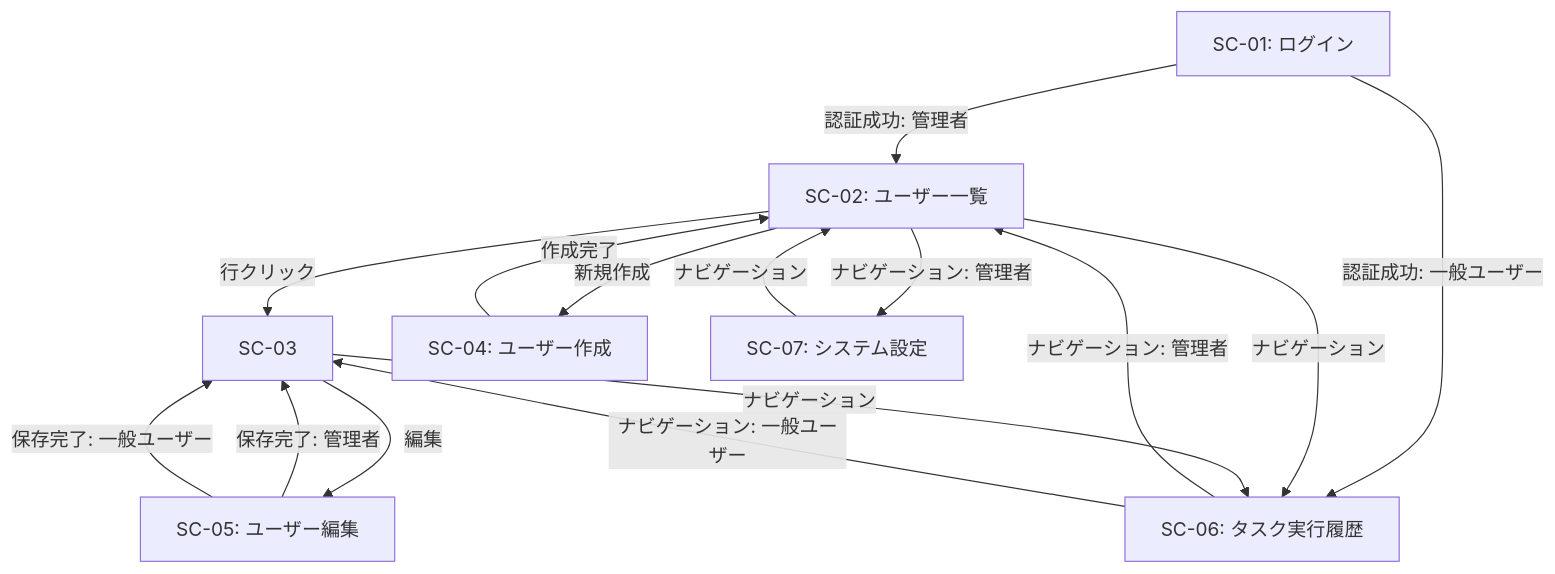
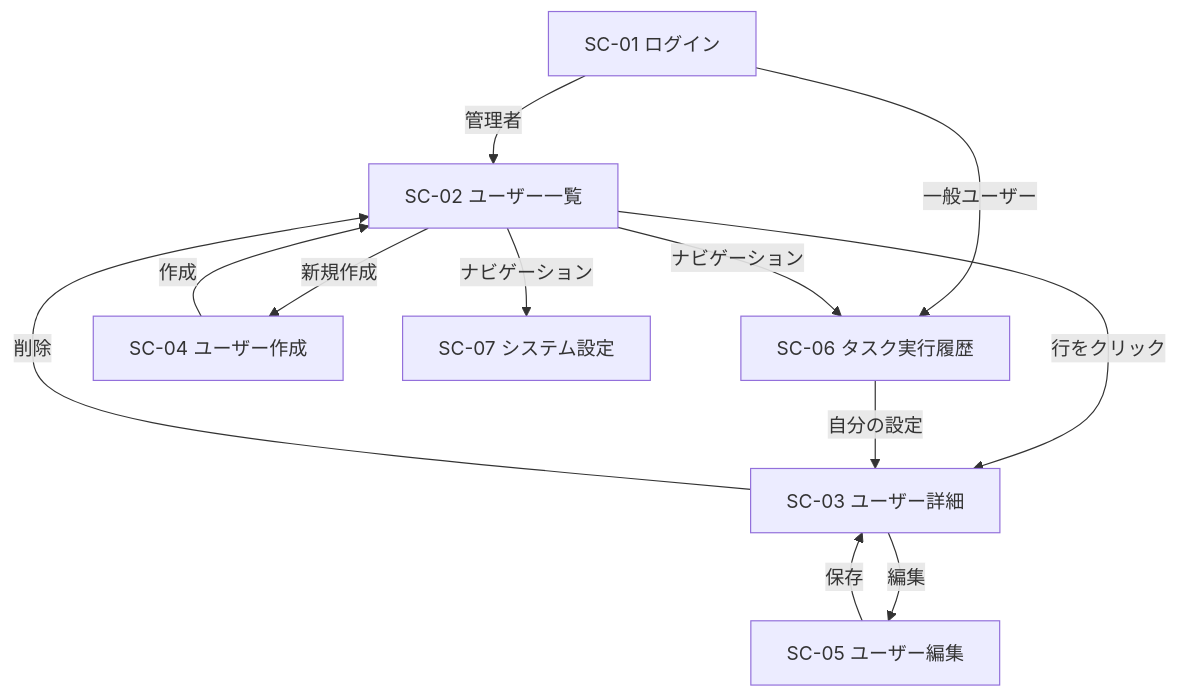
One commit to notfolder/CodingAgentAutomata changed the third of 3 diagrams in docs/requirements.md. Above: the diagram before and after it, drawn with Mermaid. The commit also changed other lines of this file and 15 other files, not shown here.

````diff
--- a/docs/requirements.md
+++ b/docs/requirements.md
@@ -193,18 +402,14 @@
 ```mermaid
 flowchart TD
-    SC-01[SC-01: ログイン]
-    SC-01 -->|認証成功: 管理者| SC-02[SC-02: ユーザー一覧]
-  SC-01 -->|認証成功: 一般ユーザー| SC-06[SC-06: タスク実行履歴]
-    SC-02 -->|行クリック| SC-03
-    SC-02 -->|新規作成| SC-04[SC-04: ユーザー作成]
-    SC-03 -->|編集| SC-05[SC-05: ユーザー編集]
-    SC-04 -->|作成完了| SC-02
-    SC-05 -->|保存完了: 管理者| SC-03
-    SC-05 -->|保存完了: 一般ユーザー| SC-03
-    SC-02 -->|ナビゲーション| SC-06[SC-06: タスク実行履歴]
-    SC-03 -->|ナビゲーション| SC-06
-    SC-06 -->|ナビゲーション: 管理者| SC-02
-    SC-06 -->|ナビゲーション: 一般ユーザー| SC-03
-    SC-02 -->|ナビゲーション: 管理者| SC-07[SC-07: システム設定]
-    SC-07 -->|ナビゲーション| SC-02
+    Login[SC-01 ログイン] -->|管理者| Users[SC-02 ユーザー一覧]
+    Login -->|一般ユーザー| Tasks[SC-06 タスク実行履歴]
+    Users -->|新規作成| Create[SC-04 ユーザー作成]
+    Users -->|行をクリック| Detail[SC-03 ユーザー詳細]
+    Create -->|作成| Users
+    Detail -->|編集| Edit[SC-05 ユーザー編集]
+    Detail -->|削除| Users
+    Edit -->|保存| Detail
+    Users -->|ナビゲーション| Tasks
+    Users -->|ナビゲーション| Settings[SC-07 システム設定]
+    Tasks -->|自分の設定| Detail
 ```
````
